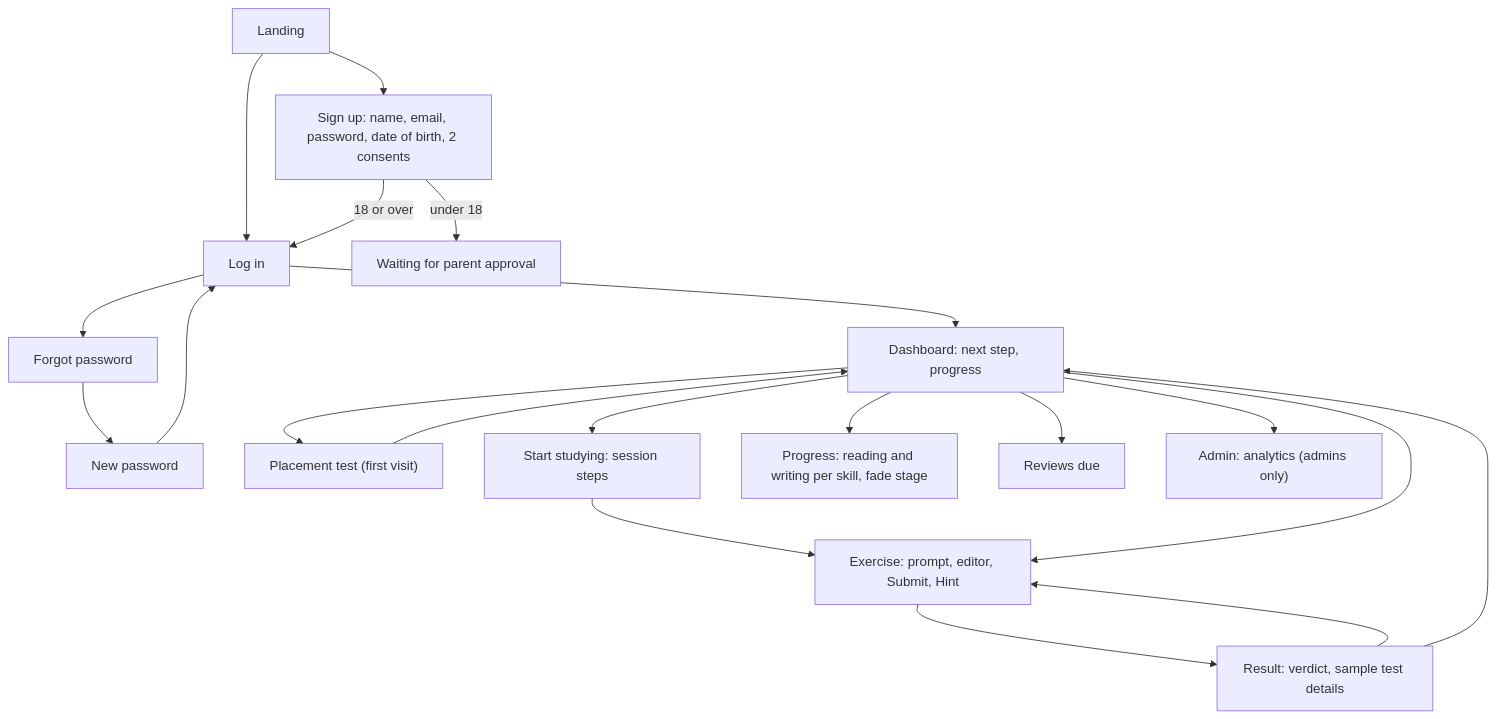
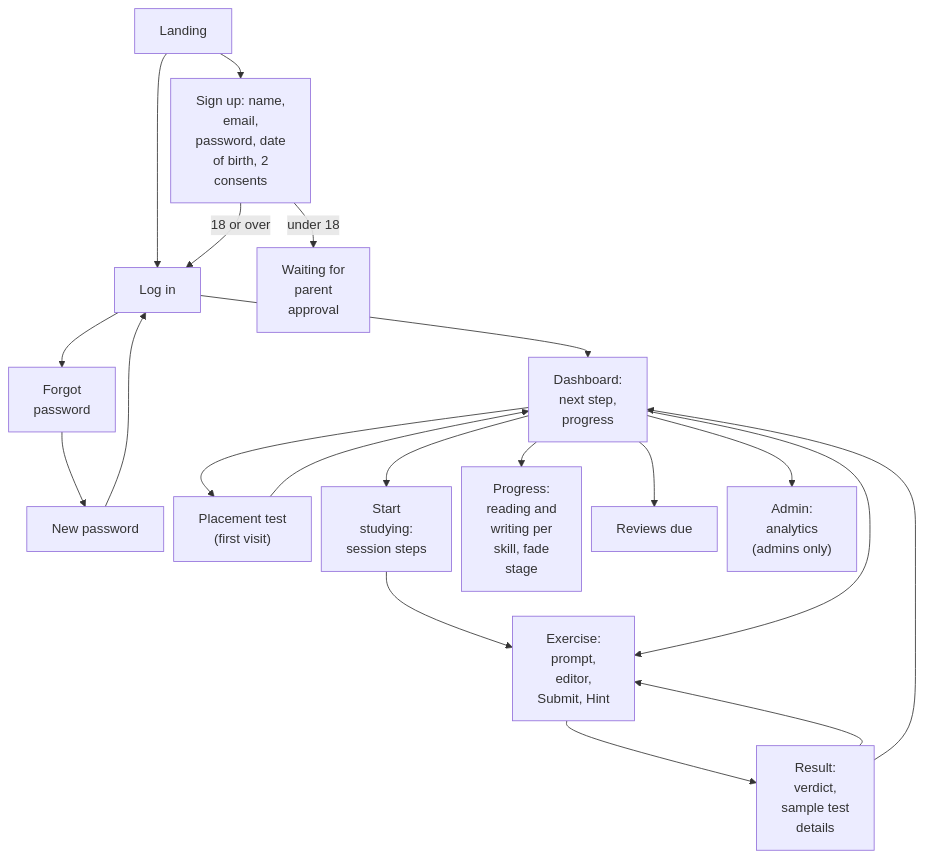
Before and after one commit to Nidanos/ai-tutor-platform: diagram 21 of 23 in DOCS/phase-3/MP3-Draft-Report.md, drawn with Mermaid. The commit also changed other lines of this file and 1 other file, not shown here.

Commit message:
docs: make every Phase 3 report diagram readable in print

````diff
--- a/DOCS/phase-3/MP3-Draft-Report.md
+++ b/DOCS/phase-3/MP3-Draft-Report.md
@@ -1567,22 +1648,28 @@
 ```mermaid
+---
+config:
+  flowchart:
+    nodeSpacing: 12
+    rankSpacing: 30
+---
 flowchart TD
-  L["Landing"] --> R["Sign up: name, email, password, date of birth, 2 consents"]
+  L["Landing"] --> R["Sign up: name,<br/>email,<br/>password, date<br/>of birth, 2<br/>consents"]
   L --> LI["Log in"]
-  LI --> FP["Forgot password"]
+  LI --> FP["Forgot<br/>password"]
   FP --> RP["New password"]
   RP --> LI
   R -->|18 or over| LI
-  R -->|under 18| P["Waiting for parent approval"]
-  LI --> D["Dashboard: next step, progress"]
-  D --> DG["Placement test (first visit)"]
+  R -->|under 18| P["Waiting for<br/>parent<br/>approval"]
+  LI --> D["Dashboard:<br/>next step,<br/>progress"]
+  D --> DG["Placement test<br/>(first visit)"]
   DG --> D
-  D --> SS["Start studying: session steps"]
+  D --> SS["Start<br/>studying:<br/>session steps"]
   SS --> EX
-  D --> EX["Exercise: prompt, editor, Submit, Hint"]
-  EX --> RS["Result: verdict, sample test details"]
+  D --> EX["Exercise:<br/>prompt,<br/>editor,<br/>Submit, Hint"]
+  EX --> RS["Result:<br/>verdict,<br/>sample test<br/>details"]
   RS --> EX
   RS --> D
-  D --> PR["Progress: reading and writing per skill, fade stage"]
+  D --> PR["Progress:<br/>reading and<br/>writing per<br/>skill, fade<br/>stage"]
   D --> RV["Reviews due"]
-  D --> AD["Admin: analytics (admins only)"]
+  D --> AD["Admin:<br/>analytics<br/>(admins only)"]
 ```
````
